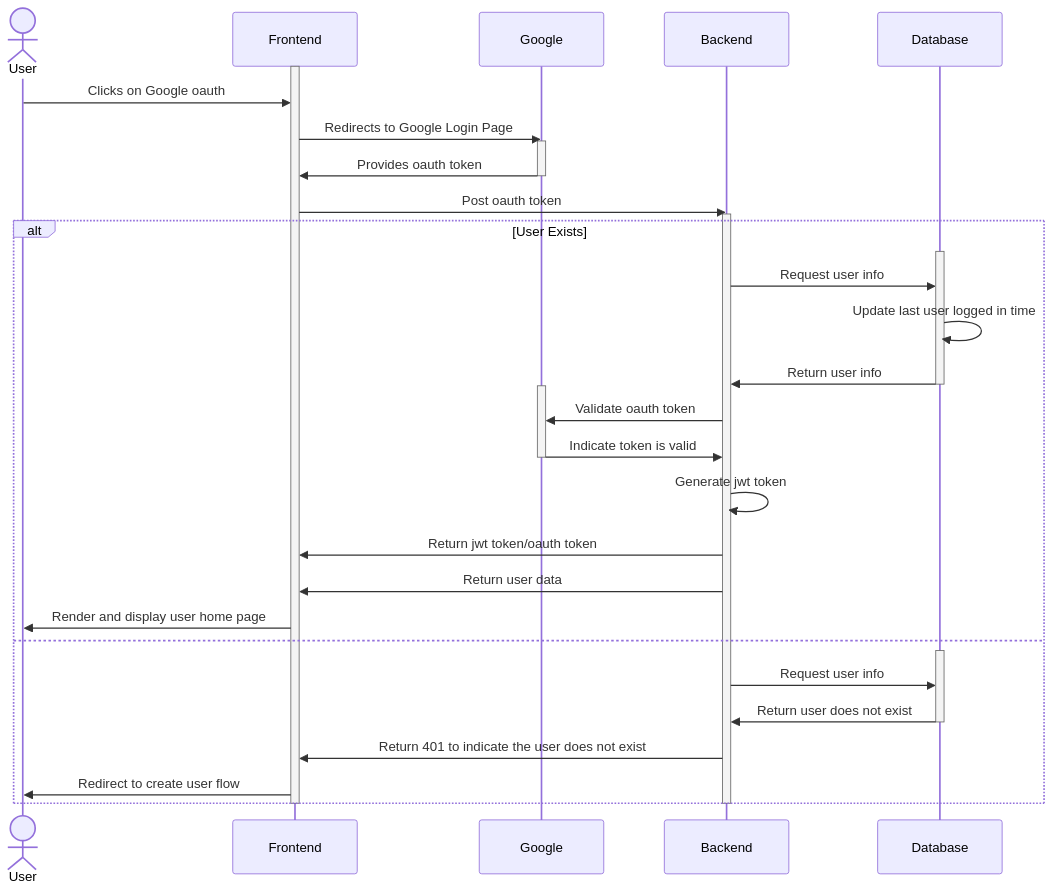
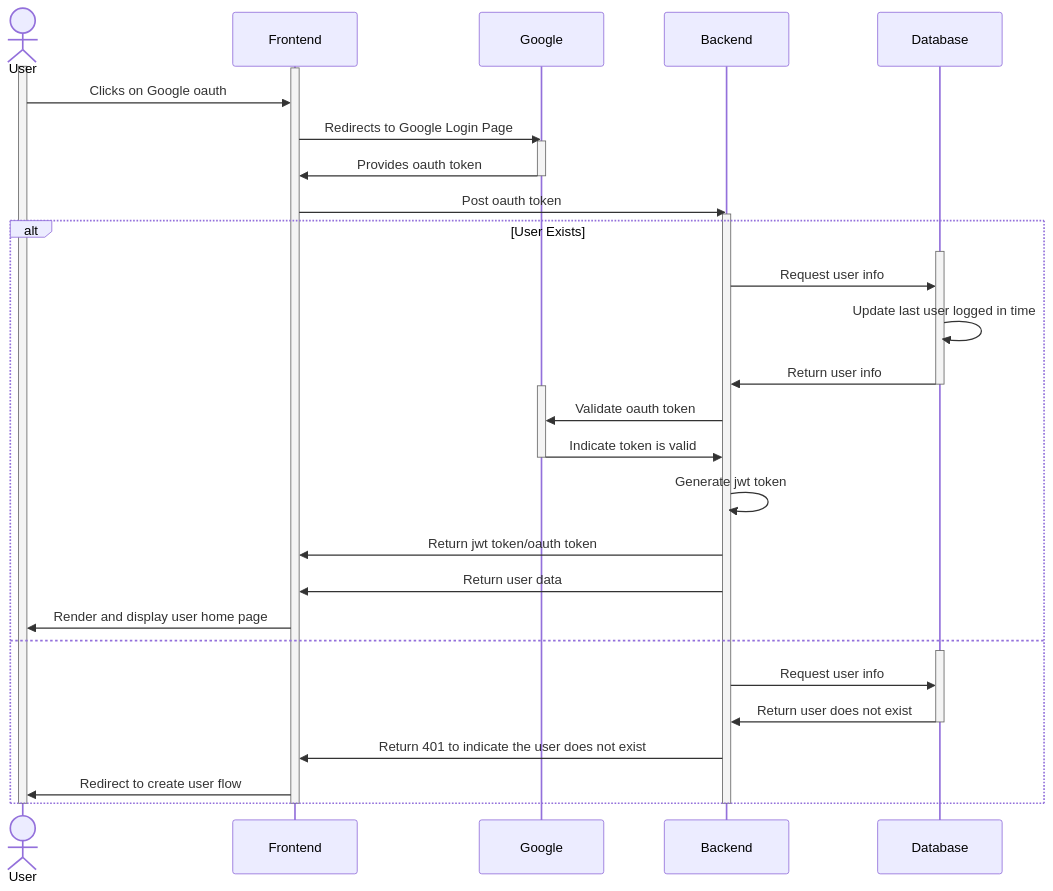
One commit to UCSD-E4E/fishsense-webapp changed the first of 2 diagrams in README.md. Above: the diagram before and after it, drawn with Mermaid. The commit also changed other lines of this file, not shown here.

Commit message:
feat: create user sequence

````diff
--- a/README.md
+++ b/README.md
@@ -7,46 +7,48 @@
 ```mermaid
 sequenceDiagram
     actor User
 
+    activate User
     activate Frontend
     
     User ->> Frontend: Clicks on Google oauth
     
     Frontend ->> Google: Redirects to Google Login Page
     activate Google
     Google ->> Frontend: Provides oauth token
     deactivate Google
 
     Frontend ->> Backend: Post oauth token
     activate Backend
     alt User Exists
 
     activate Database
     Backend ->> Database: Request user info
     Database ->> Database: Update last user logged in time
     Database ->> Backend: Return user info
     deactivate Database
 
     activate Google
     Backend ->> Google: Validate oauth token
     Google ->> Backend: Indicate token is valid
     deactivate Google
     Backend ->> Backend: Generate jwt token
     Backend ->> Frontend: Return jwt token/oauth token
     Backend ->> Frontend: Return user data
     Frontend ->> User: Render and display user home page
 
     else
 
     activate Database
     Backend ->> Database: Request user info
     Database ->> Backend: Return user does not exist
     deactivate Database
     Backend ->> Frontend: Return 401 to indicate the user does not exist
     Frontend ->> User: Redirect to create user flow
 
     end
 
     deactivate Backend
     deactivate Frontend
+    deactivate User
 ```
````
